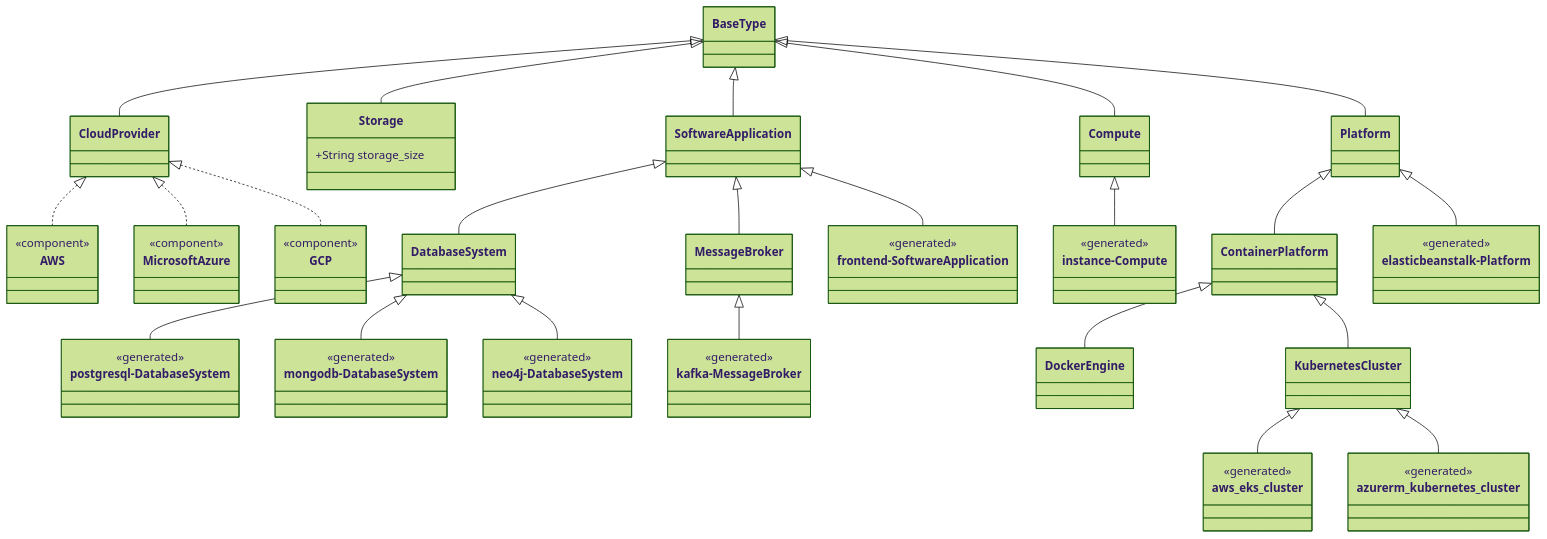
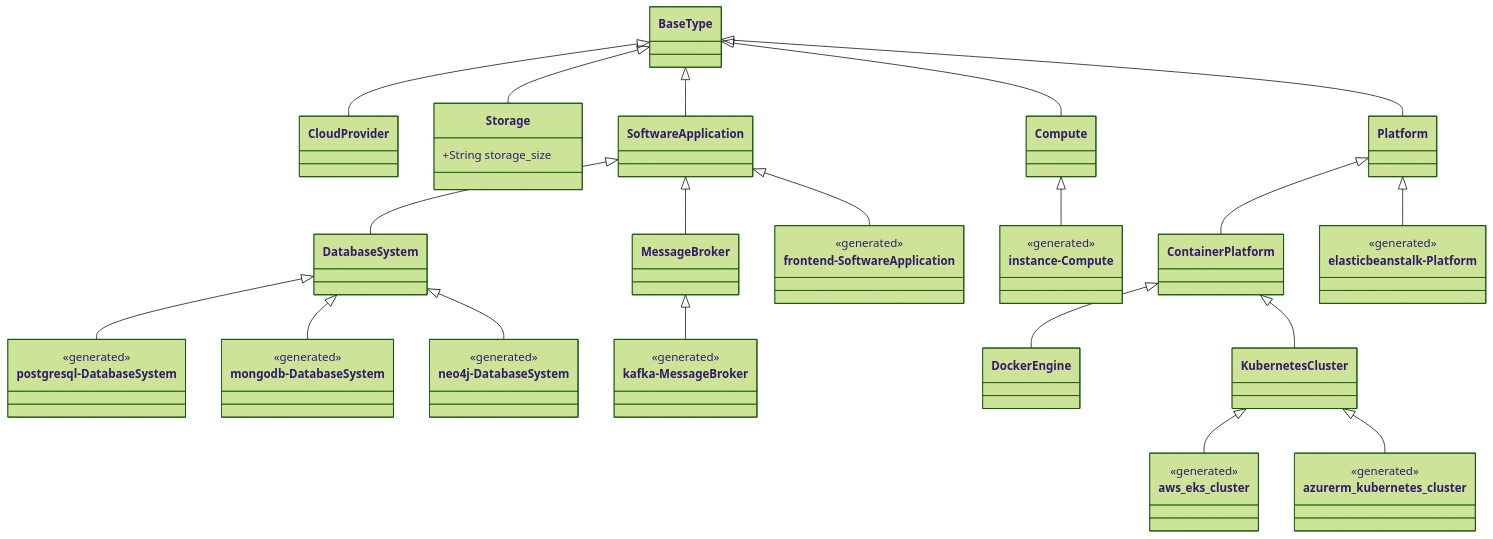
One commit to UST-DeMAF/demaf-type-definitions changed the first of 3 diagrams in README.md. Above: the diagram before and after it, drawn with Mermaid (forest theme). The commit also changed other lines of this file, not shown here.

Commit message:
Remove the cloud provider components from the type diagram
They are components of the type CloudProvider, not types.

````diff
--- a/README.md
+++ b/README.md
@@ -30,68 +30,57 @@
 ```mermaid
 classDiagram
     direction TB
     class BaseType
     class CloudProvider
     class Storage {
         +String storage_size
     }
     class SoftwareApplication
     class DatabaseSystem
     class MessageBroker
     class Compute
     class Platform
     class ContainerPlatform
     class DockerEngine
     class KubernetesCluster
-
-    class AWS
-    class MicrosoftAzure
-    class GCP
-    <<component>> AWS
-    <<component>> MicrosoftAzure
-    <<component>> GCP
 
     class frontend_SoftwareApplication["frontend-SoftwareApplication"]
     class postgresql_DatabaseSystem["postgresql-DatabaseSystem"]
     class mongodb_DatabaseSystem["mongodb-DatabaseSystem"]
     class neo4j_DatabaseSystem["neo4j-DatabaseSystem"]
     class kafka_MessageBroker["kafka-MessageBroker"]
     class instance_Compute["instance-Compute"]
     class elasticbeanstalk_Platform["elasticbeanstalk-Platform"]
     class aws_eks_cluster
     class azurerm_kubernetes_cluster
     <<generated>> frontend_SoftwareApplication
     <<generated>> postgresql_DatabaseSystem
     <<generated>> mongodb_DatabaseSystem
     <<generated>> neo4j_DatabaseSystem
     <<generated>> kafka_MessageBroker
     <<generated>> instance_Compute
     <<generated>> elasticbeanstalk_Platform
     <<generated>> aws_eks_cluster
     <<generated>> azurerm_kubernetes_cluster
 
     BaseType <|-- CloudProvider
     BaseType <|-- Storage
     BaseType <|-- SoftwareApplication
     BaseType <|-- Compute
     BaseType <|-- Platform
     SoftwareApplication <|-- DatabaseSystem
     SoftwareApplication <|-- MessageBroker
     Platform <|-- ContainerPlatform
     ContainerPlatform <|-- DockerEngine
     ContainerPlatform <|-- KubernetesCluster
 
-    CloudProvider <|.. AWS
-    CloudProvider <|.. MicrosoftAzure
-    CloudProvider <|.. GCP
-
     SoftwareApplication <|-- frontend_SoftwareApplication
     DatabaseSystem <|-- postgresql_DatabaseSystem
     DatabaseSystem <|-- mongodb_DatabaseSystem
     DatabaseSystem <|-- neo4j_DatabaseSystem
     MessageBroker <|-- kafka_MessageBroker
     Compute <|-- instance_Compute
     Platform <|-- elasticbeanstalk_Platform
     KubernetesCluster <|-- aws_eks_cluster
     KubernetesCluster <|-- azurerm_kubernetes_cluster
 ```
````
